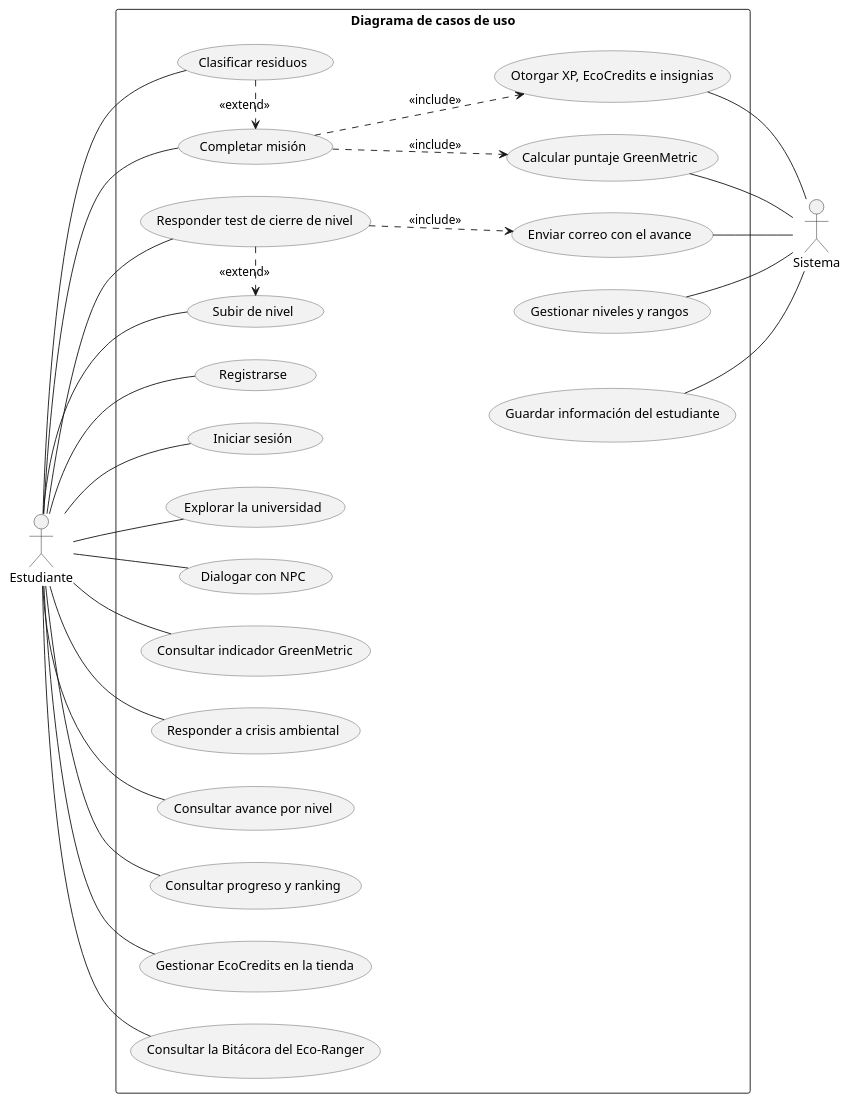
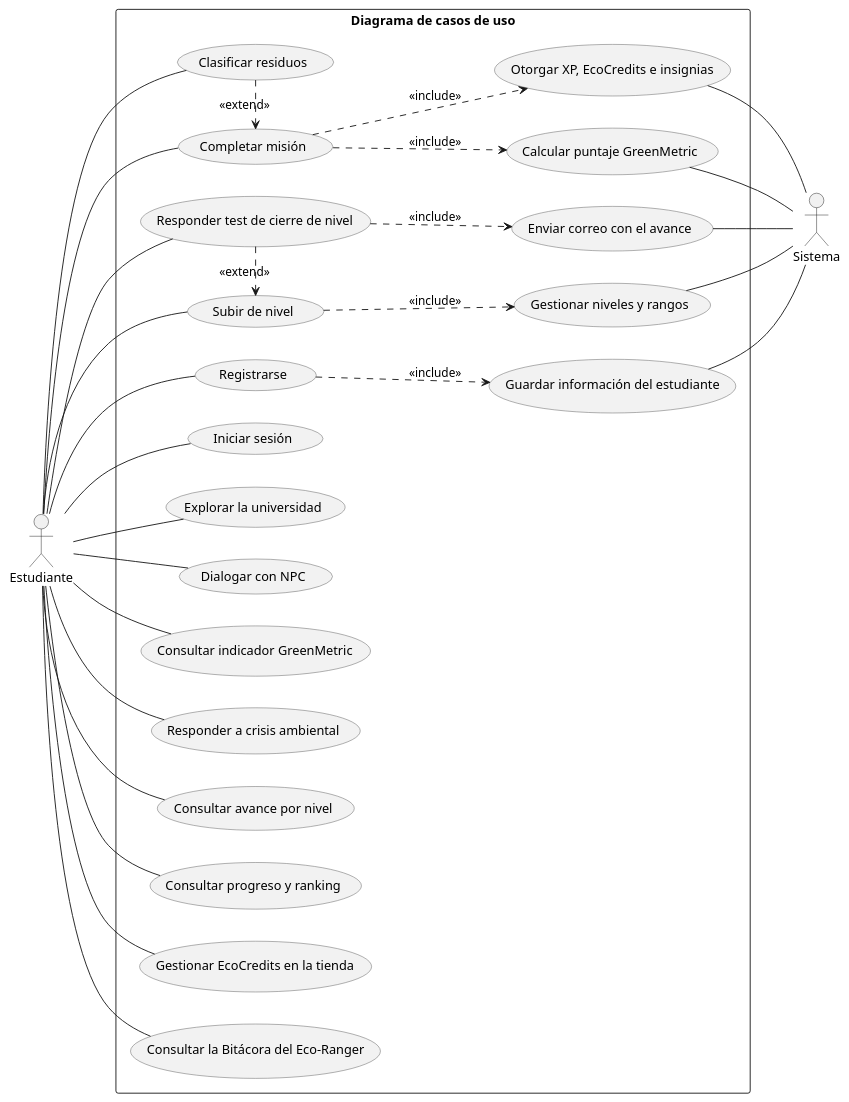
The diagram in docs/diagrama_casos_uso.puml (Ereyes05/green-metric-urbe), drawn with PlantUML before and after one commit. The commit also changed other lines of this file, not shown here.

Commit message:
docs: casos de uso con las tareas del sistema en el orden del flujo del juego

```diff
--- a/docs/diagrama_casos_uso.puml
+++ b/docs/diagrama_casos_uso.puml
@@ -12,66 +12,67 @@
 @startuml
 left to right direction
 skinparam usecase {
   BackgroundColor #F2F2F2
   BorderColor #555555
 }
 
 actor Estudiante
 actor Sistema
 
 rectangle "Diagrama de casos de uso" {
   usecase "Registrarse" as HU1
   usecase "Iniciar sesión" as HU2
   usecase "Explorar la universidad" as HU3
   usecase "Dialogar con NPC" as HU4
   usecase "Consultar indicador GreenMetric" as HU5
   usecase "Completar misión" as HU6
   usecase "Clasificar residuos" as HU7
   usecase "Responder a crisis ambiental" as HU8
   usecase "Subir de nivel" as HU9
   usecase "Consultar avance por nivel" as HU10
   usecase "Consultar progreso y ranking" as HU11
   usecase "Gestionar EcoCredits en la tienda" as HU12
   usecase "Responder test de cierre de nivel" as HU13
   usecase "Consultar la Bitácora del Eco-Ranger" as HU14
 
   usecase "Guardar información del estudiante" as S1
   usecase "Calcular puntaje GreenMetric" as S2
   usecase "Otorgar XP, EcoCredits e insignias" as S3
   usecase "Gestionar niveles y rangos" as S4
   usecase "Enviar correo con el avance" as S5
 }
 
 Estudiante -- HU1
 Estudiante -- HU2
 Estudiante -- HU3
 Estudiante -- HU4
 Estudiante -- HU5
 Estudiante -- HU6
 Estudiante -- HU7
 Estudiante -- HU8
 Estudiante -- HU9
 Estudiante -- HU10
 Estudiante -- HU11
 Estudiante -- HU12
 Estudiante -- HU13
 Estudiante -- HU14
 
-' Columna del sistema, repartida a lo alto junto a los casos que la usan
-HU2 -[hidden]-> S1
-HU9 -[hidden]-> S4
+' Sistema: cada tarea va a la altura del caso del Estudiante que la
+' dispara, en el orden en que pasa en el juego (registro, misiones, nivel,
+' test). Las une un «include» (siempre la ejecuta); eso es lo que fija la
+' altura. «extend» = lo agrega solo en ciertos casos (la flecha sale del caso
+' que extiende).
+HU1 ..> S1 : <<include>>
+HU6 ..> S2 : <<include>>
+HU6 ..> S3 : <<include>>
+HU9 ..> S4 : <<include>>
+HU13 ..> S5 : <<include>>
+HU7 .> HU6 : <<extend>>
+HU13 .> HU9 : <<extend>>
 
 S1 -- Sistema
 S2 -- Sistema
 S3 -- Sistema
 S4 -- Sistema
 S5 -- Sistema
-
-' Relaciones entre casos: «include» = siempre lo ejecuta; «extend» = lo agrega
-' solo en ciertos casos (la flecha sale del caso que extiende).
-HU6 ..> S2 : <<include>>
-HU6 ..> S3 : <<include>>
-HU13 ..> S5 : <<include>>
-HU7 .> HU6 : <<extend>>
-HU13 .> HU9 : <<extend>>
 @enduml
```
